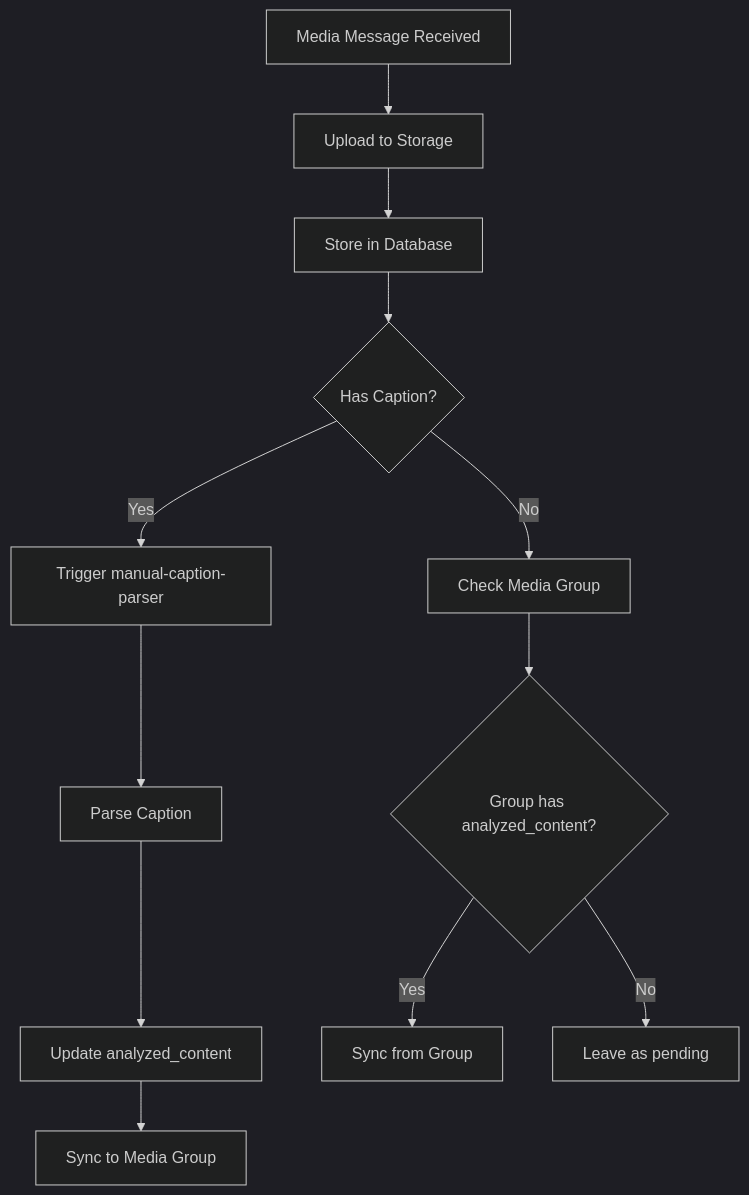
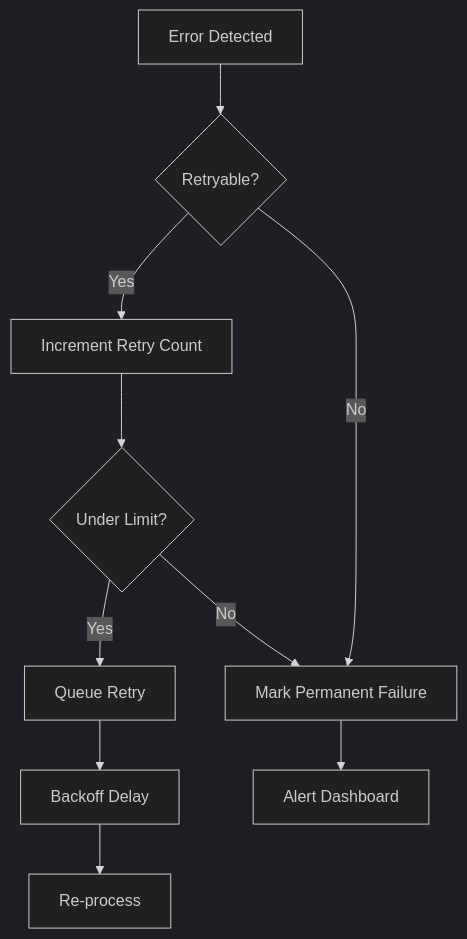
The fifth of 7 diagrams in README.md (cmtkdot/xdelo-app), drawn with Mermaid (dark theme) before and after one commit. The commit also changed other lines of this file and 13 other files, not shown here.

````diff
--- a/README.md
+++ b/README.md
@@ -128,14 +320,12 @@
 ```mermaid
 flowchart TD
-    A[Media Message Received] --> B[Upload to Storage]
-    B --> C[Store in Database]
-    C --> D{Has Caption?}
-    D -->|Yes| E[Trigger manual-caption-parser]
-    D -->|No| F[Check Media Group]
-    E --> G[Parse Caption]
-    G --> H[Update analyzed_content]
-    H --> I[Sync to Media Group]
-    F --> J{Group has analyzed_content?}
-    J -->|Yes| K[Sync from Group]
-    J -->|No| L[Leave as pending]
+    A[Error Detected] --> B{Retryable?}
+    B -->|Yes| C[Increment Retry Count]
+    C --> D{Under Limit?}
+    D -->|Yes| E[Queue Retry]
+    D -->|No| F[Mark Permanent Failure]
+    B -->|No| F
+    E --> G[Backoff Delay]
+    G --> H[Re-process]
+    F --> I[Alert Dashboard]
 ```
````
